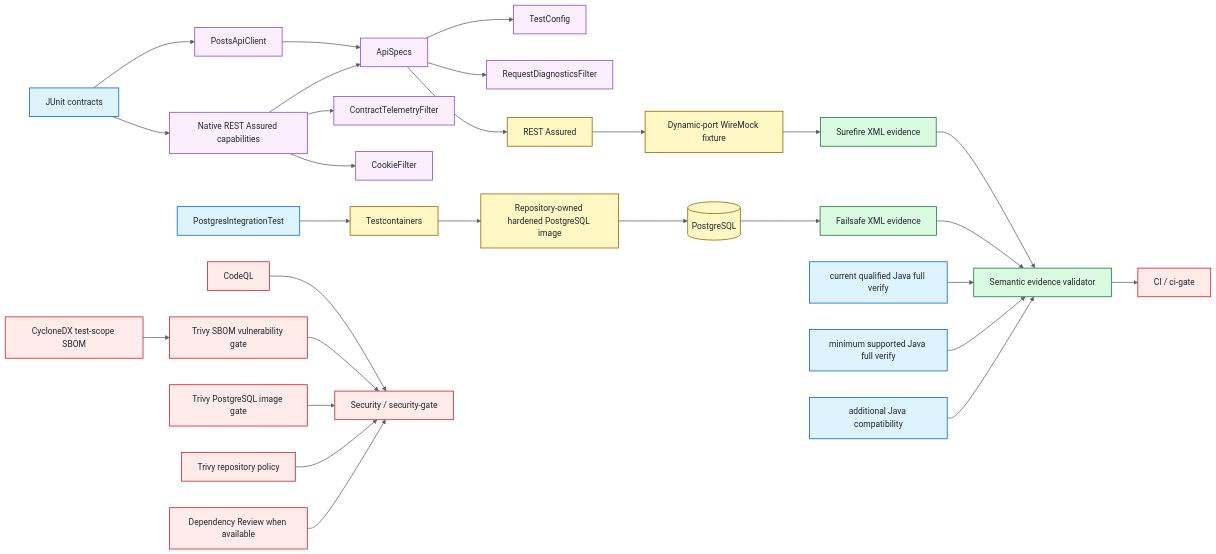
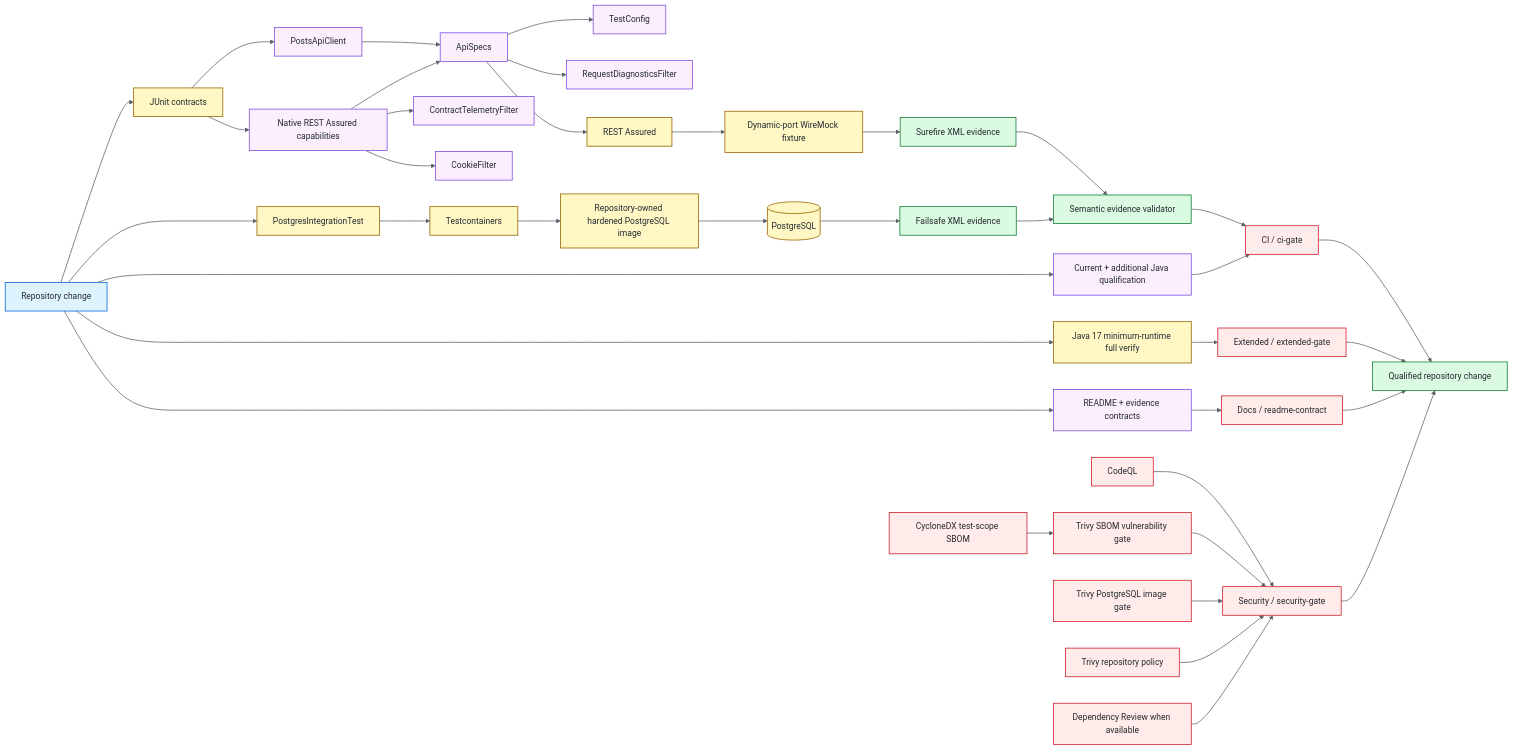
The diagram in README.md (portyu9/qa-automation-java-restassured), drawn with Mermaid before and after one commit. The commit also changed 1 other file, not shown here.

Commit message:
docs: elevate README architecture diagram

````diff
--- a/README.md
+++ b/README.md
@@ -46,46 +46,58 @@
 ```mermaid
 flowchart LR
-    TEST[JUnit contracts] --> CLIENT[PostsApiClient]
+    CHANGE[Repository change] --> TEST[JUnit contracts]
+    CHANGE --> DBTEST[PostgresIntegrationTest]
+    TEST --> CLIENT[PostsApiClient]
     TEST --> NATIVE[Native REST Assured capabilities]
     CLIENT --> SPEC[ApiSpecs]
     NATIVE --> SPEC
     SPEC --> CFG[TestConfig]
     SPEC --> DIAG[RequestDiagnosticsFilter]
     NATIVE --> TELE[ContractTelemetryFilter]
     NATIVE --> COOKIE[CookieFilter]
     SPEC --> RA[REST Assured]
     RA --> WM[Dynamic-port WireMock fixture]
 
-    DBTEST[PostgresIntegrationTest] --> TC[Testcontainers]
+    DBTEST --> TC[Testcontainers]
     TC --> PGBUILD[Repository-owned hardened PostgreSQL image]
     PGBUILD --> PG[(PostgreSQL)]
 
     WM --> SURE[Surefire XML evidence]
     PG --> FAIL[Failsafe XML evidence]
     SURE --> EVIDENCE[Semantic evidence validator]
     FAIL --> EVIDENCE
+    EVIDENCE --> CIG[CI / ci-gate]
 
-    J25[current qualified Java full verify] --> EVIDENCE
-    J17[minimum supported Java full verify] --> EVIDENCE
-    J21[additional Java compatibility] --> EVIDENCE
+    CHANGE --> QUAL[Current + additional Java qualification]
+    QUAL --> CIG
+
+    CHANGE --> J17[Java 17 minimum-runtime full verify]
+    J17 --> EG[Extended / extended-gate]
+
+    CHANGE --> DOCS[README + evidence contracts]
+    DOCS --> DG[Docs / readme-contract]
 
     CODEQL[CodeQL] --> SG[Security / security-gate]
     BOM[CycloneDX test-scope SBOM] --> SBOMSCAN[Trivy SBOM vulnerability gate]
     SBOMSCAN --> SG
     PGSCAN[Trivy PostgreSQL image gate] --> SG
     REPO[Trivy repository policy] --> SG
     DEP[Dependency Review when available] --> SG
-    EVIDENCE --> CIG[CI / ci-gate]
+
+    CIG --> RESULT[Qualified repository change]
+    EG --> RESULT
+    DG --> RESULT
+    SG --> RESULT
 
     classDef entry fill:#ddf4ff,stroke:#0969da,color:#24292f,stroke-width:1.5px;
     classDef policy fill:#fbefff,stroke:#8250df,color:#24292f,stroke-width:1.5px;
     classDef runtime fill:#fff8c5,stroke:#9a6700,color:#24292f,stroke-width:1.5px;
     classDef evidence fill:#dafbe1,stroke:#1a7f37,color:#24292f,stroke-width:1.5px;
     classDef gate fill:#ffebe9,stroke:#cf222e,color:#24292f,stroke-width:1.5px;
-    class TEST,DBTEST,J25,J17,J21 entry;
-    class CLIENT,NATIVE,SPEC,CFG,DIAG,TELE,COOKIE policy;
-    class RA,WM,TC,PGBUILD,PG runtime;
-    class SURE,FAIL,EVIDENCE evidence;
-    class CODEQL,BOM,SBOMSCAN,PGSCAN,REPO,DEP,SG,CIG gate;
+    class CHANGE entry;
+    class CLIENT,NATIVE,SPEC,CFG,DIAG,TELE,COOKIE,QUAL,DOCS policy;
+    class TEST,DBTEST,RA,WM,TC,PGBUILD,PG,J17 runtime;
+    class SURE,FAIL,EVIDENCE,RESULT evidence;
+    class CIG,EG,DG,CODEQL,BOM,SBOMSCAN,PGSCAN,REPO,DEP,SG gate;
     linkStyle default stroke:#57606a,stroke-width:1.4px;
 ```
````
